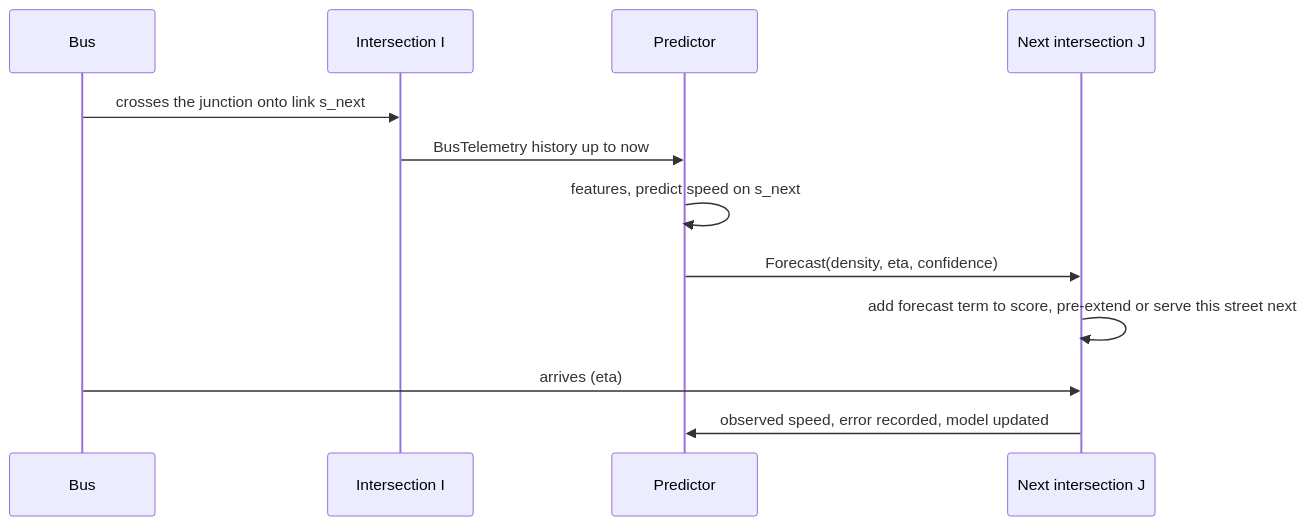
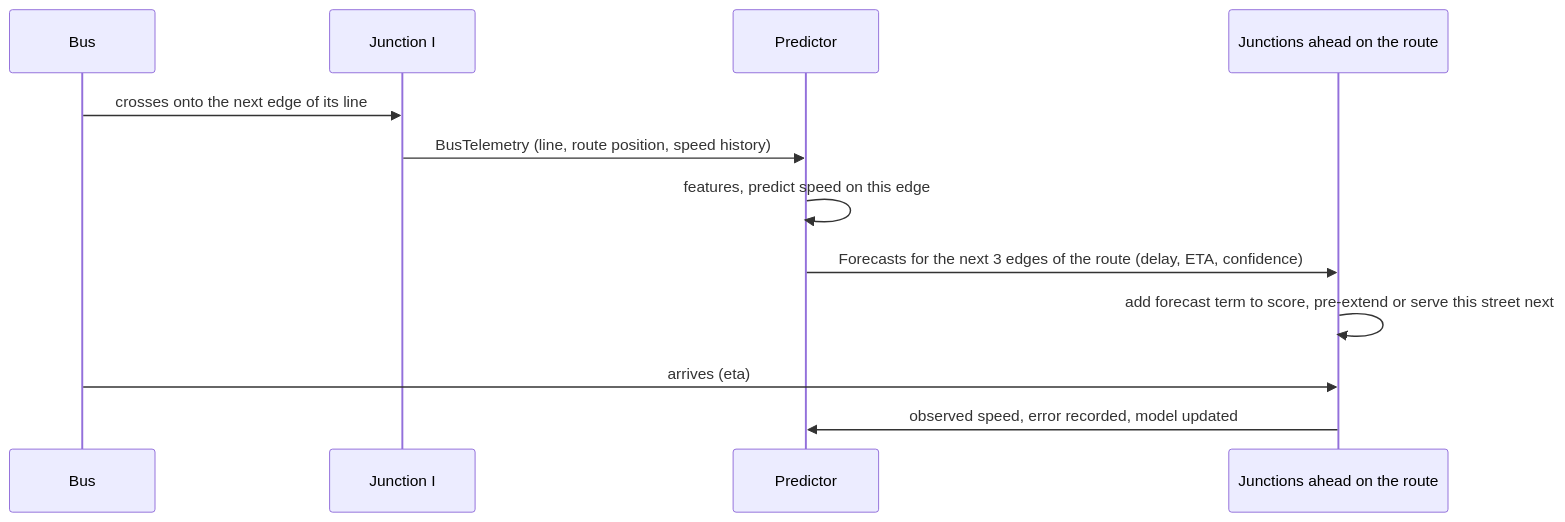
Before and after one commit to boghidam/NetPicat-Hackathon-Project: the second of 2 diagrams in ARCHITECTURE.md, drawn with Mermaid. The commit also changed other lines of this file and 35 other files, not shown here.

````diff
--- a/ARCHITECTURE.md
+++ b/ARCHITECTURE.md
@@ -214,14 +161,14 @@
 ```mermaid
 sequenceDiagram
     participant Bus
-    participant I as Intersection I
+    participant I as Junction I
     participant P as Predictor
-    participant J as Next intersection J
-    Bus->>I: crosses the junction onto link s_next
-    I->>P: BusTelemetry history up to now
-    P->>P: features, predict speed on s_next
-    P->>J: Forecast(density, eta, confidence)
+    participant J as Junctions ahead on the route
+    Bus->>I: crosses onto the next edge of its line
+    I->>P: BusTelemetry (line, route position, speed history)
+    P->>P: features, predict speed on this edge
+    P->>J: Forecasts for the next 3 edges of the route (delay, ETA, confidence)
     J->>J: add forecast term to score, pre-extend or serve this street next
     Bus->>J: arrives (eta)
     J->>P: observed speed, error recorded, model updated
 ```
````
